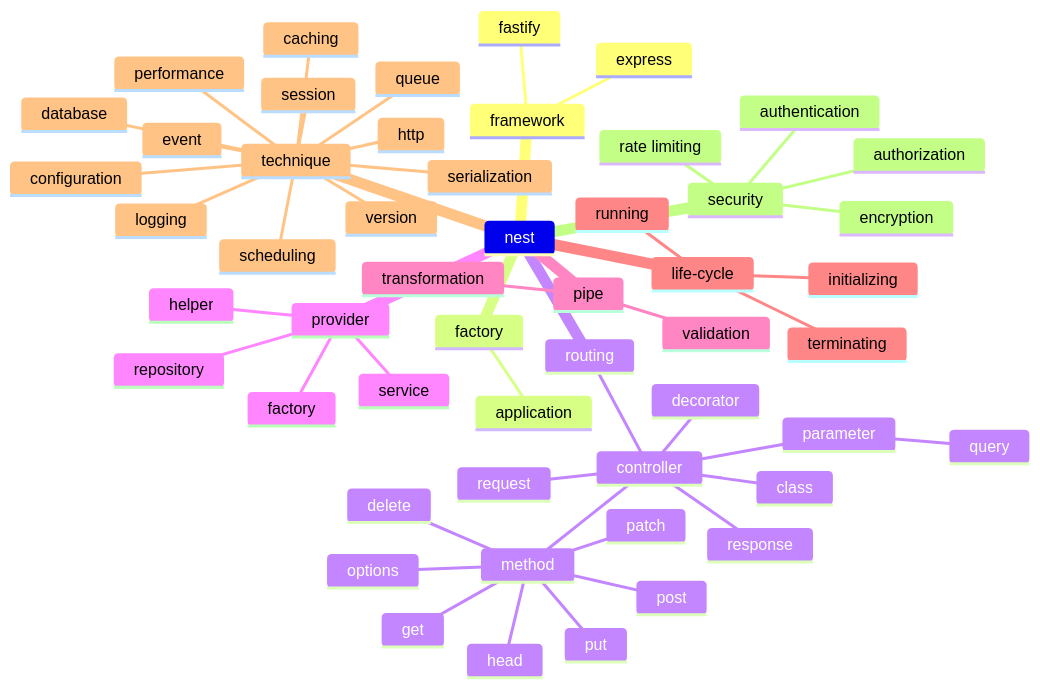
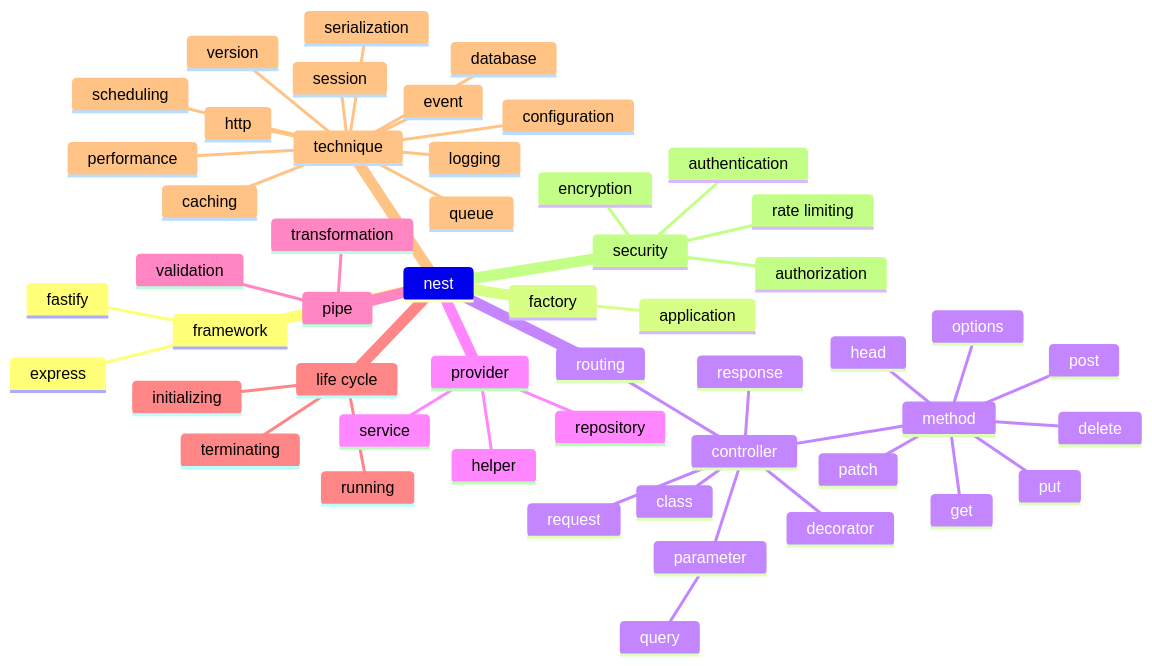
Before and after one commit to wonderfan/javascript: the second of 2 diagrams in Diagram/nest.md, drawn with Mermaid.

````diff
--- a/Diagram/nest.md
+++ b/Diagram/nest.md
@@ -24,55 +24,54 @@
 ```mermaid
 mindmap
     nest
         framework
             express
             fastify
         factory
             application
         routing
             controller
                 class
                 decorator
                 method
                     get
                     post
                     put
                     delete
                     patch
                     options
                     head
                 parameter
                     query
                 request
                 response
         provider
             service
             repository
-            factory
             helper
         pipe
             transformation
             validation
-        life-cycle
+        life cycle
             initializing
             running
             terminating
         technique
             configuration
             database
             caching
             serialization
             version
             scheduling
             queue
             logging
             event
             http
             session
             performance
         security
             authentication
             authorization
             encryption
             rate limiting
 ```
````
